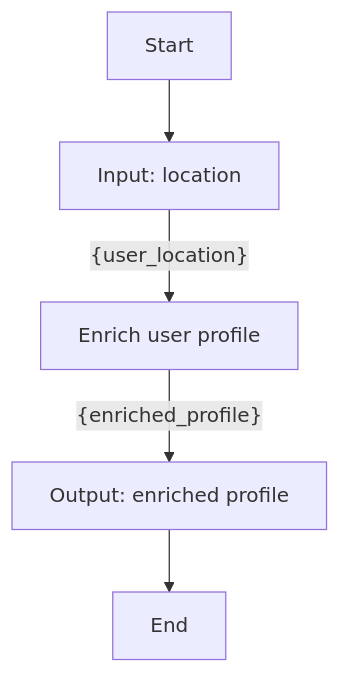
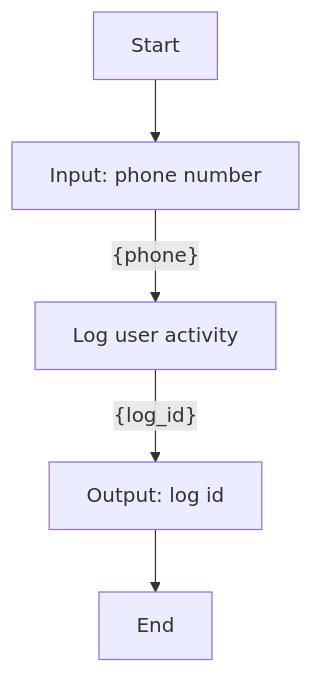
One commit to YJ-928/Temporal-Python-SDK changed the diagram in poc-dsl-compiler/input/workflows/workflow_1.md. Above: the diagram before and after it, drawn with Mermaid. The commit also changed 48 other files, not shown here.

````diff
--- a/poc-dsl-compiler/input/workflows/workflow_1.md
+++ b/poc-dsl-compiler/input/workflows/workflow_1.md
@@ -1,7 +1,7 @@
 ```mermaid
 graph TD
-    A[Start] --> B[Input: location]
-    B[Input: location] -- {user_location} --> C[Enrich user profile]
-    C[Enrich user profile] -- {enriched_profile} --> D[Output: enriched profile]
-    D[Output: enriched profile] --> E[End]
+    A[Start] --> B[Input: phone number]
+    B[Input: phone number] -- {phone} --> C[Log user activity]
+    C[Log user activity] -- {log_id} --> D[Output: log id]
+    D[Output: log id] --> E[End]
 ```
````
